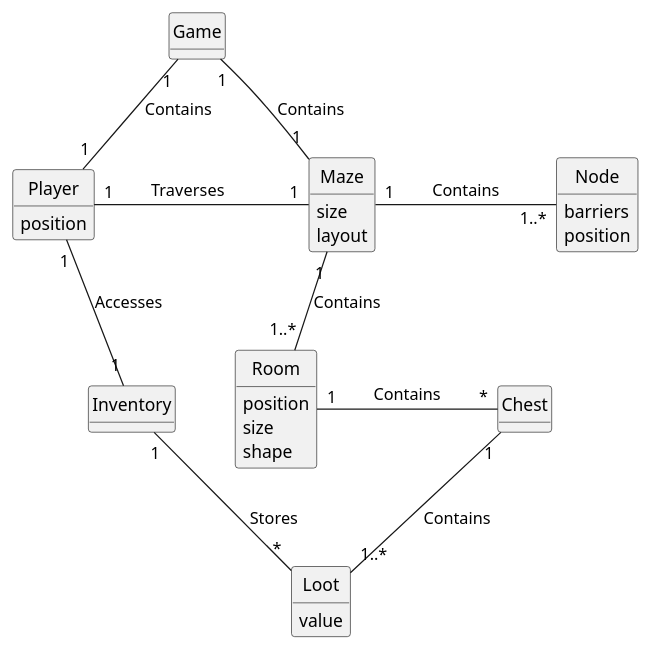
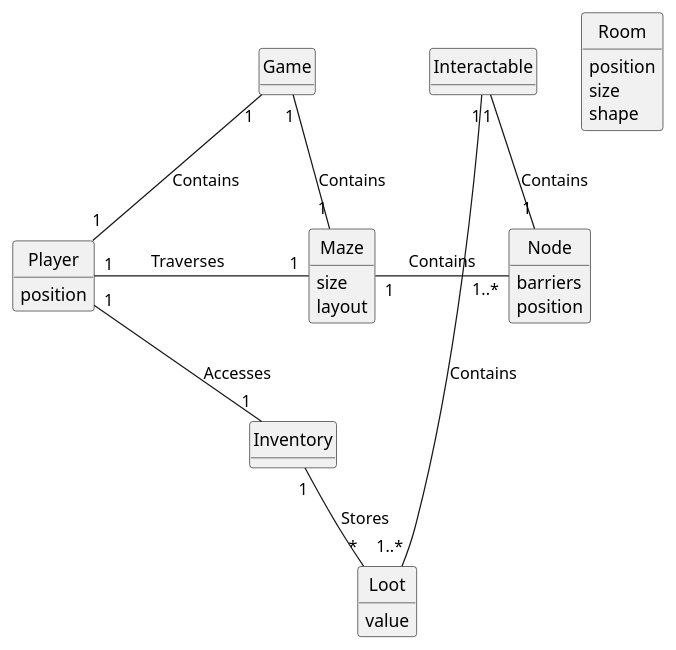
One commit to codelazarus14/team-1b-java-app changed the first of 3 diagrams in doc/design.md. Above: the diagram before and after it, drawn with PlantUML.

Commit message:
Updated Design Document

````diff
--- a/doc/design.md
+++ b/doc/design.md
@@ -3,44 +3,44 @@
 ```plantuml
 @startuml
 hide circle
 hide empty methods
 
 'classes
 class Player{
     position
 }
 class Maze{
     size
     layout
 }
 class Node{
     barriers
     position
 }
 class Room{
     position
     size
     shape
 }
 class Inventory{
 }
 class Loot{
     value
 }
-class Chest{
+class Interactable{
 }
 class Game{
 }
 
 'associations 
 Game "1" -- "1" Player : Contains\t\t
 Game "1" -- "1" Maze : Contains
 Player "1" - "1" Maze : \tTraverses\t\t
-Maze "1" -- "1..*" Room : Contains
 Maze "1" - "1..*" Node : \tContains\t\t
 Player "1" -- "1" Inventory : Accesses\t\t
 Inventory "1" -- "*" Loot : Stores\t
-Chest "1" -- "1..*" Loot : Contains\t\t
-Room "1" - "*" Chest : \tContains\t\t
+Interactable "1" -- "1..*" Loot : Contains\t\t
+Interactable "1" -- "1" Node : Contains\t\t
+
 @enduml
 ```
````
